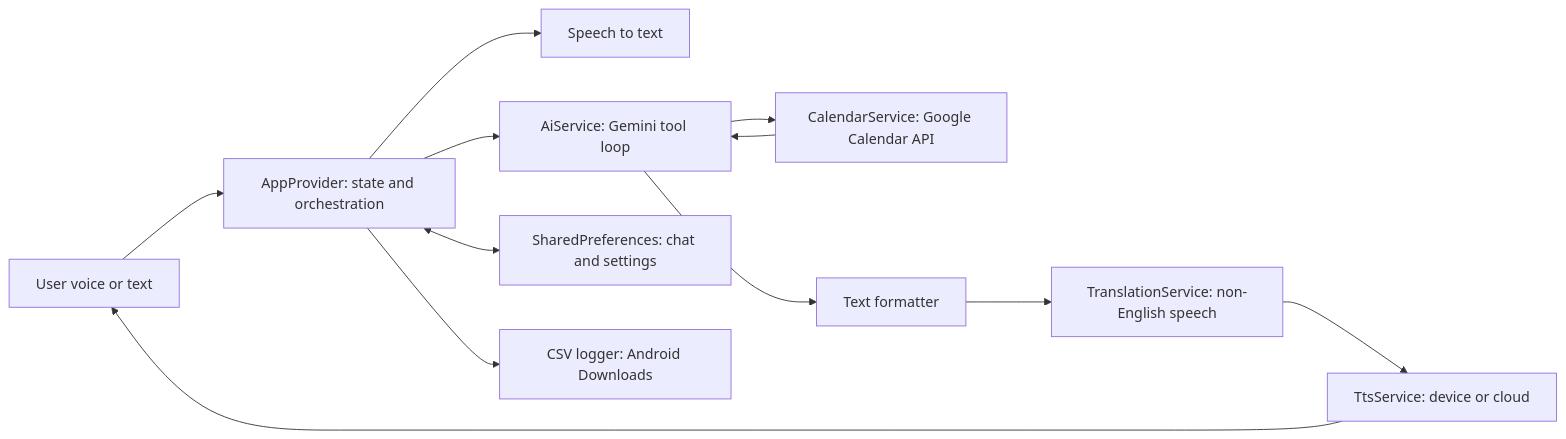
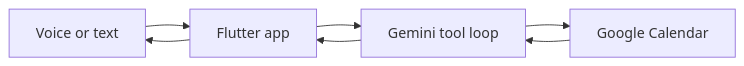
Before and after one commit to MosheT01/Google_Calendar_AI_Agent: the diagram in README.md, drawn with Mermaid. The commit also changed other lines of this file, not shown here.

First line of the commit message:
Rewrite the README as a portfolio pitch for the calendar assistant.

````diff
--- a/README.md
+++ b/README.md
@@ -32,14 +43,9 @@
 ```mermaid
 flowchart LR
-    U[User voice or text] --> P["AppProvider: state and orchestration"]
-    P --> STT[Speech to text]
-    P --> AI["AiService: Gemini tool loop"]
-    AI --> CAL["CalendarService: Google Calendar API"]
-    CAL --> AI
-    AI --> TF[Text formatter]
-    TF --> TR["TranslationService: non-English speech"]
-    TR --> TTS["TtsService: device or cloud"]
-    TTS --> U
-    P <--> STORE["SharedPreferences: chat and settings"]
-    P --> CSV["CSV logger: Android Downloads"]
+    User[Voice or text] --> App[Flutter app]
+    App --> Gemini[Gemini tool loop]
+    Gemini --> Calendar[Google Calendar]
+    Calendar --> Gemini
+    Gemini --> App
+    App --> User
 ```
````
